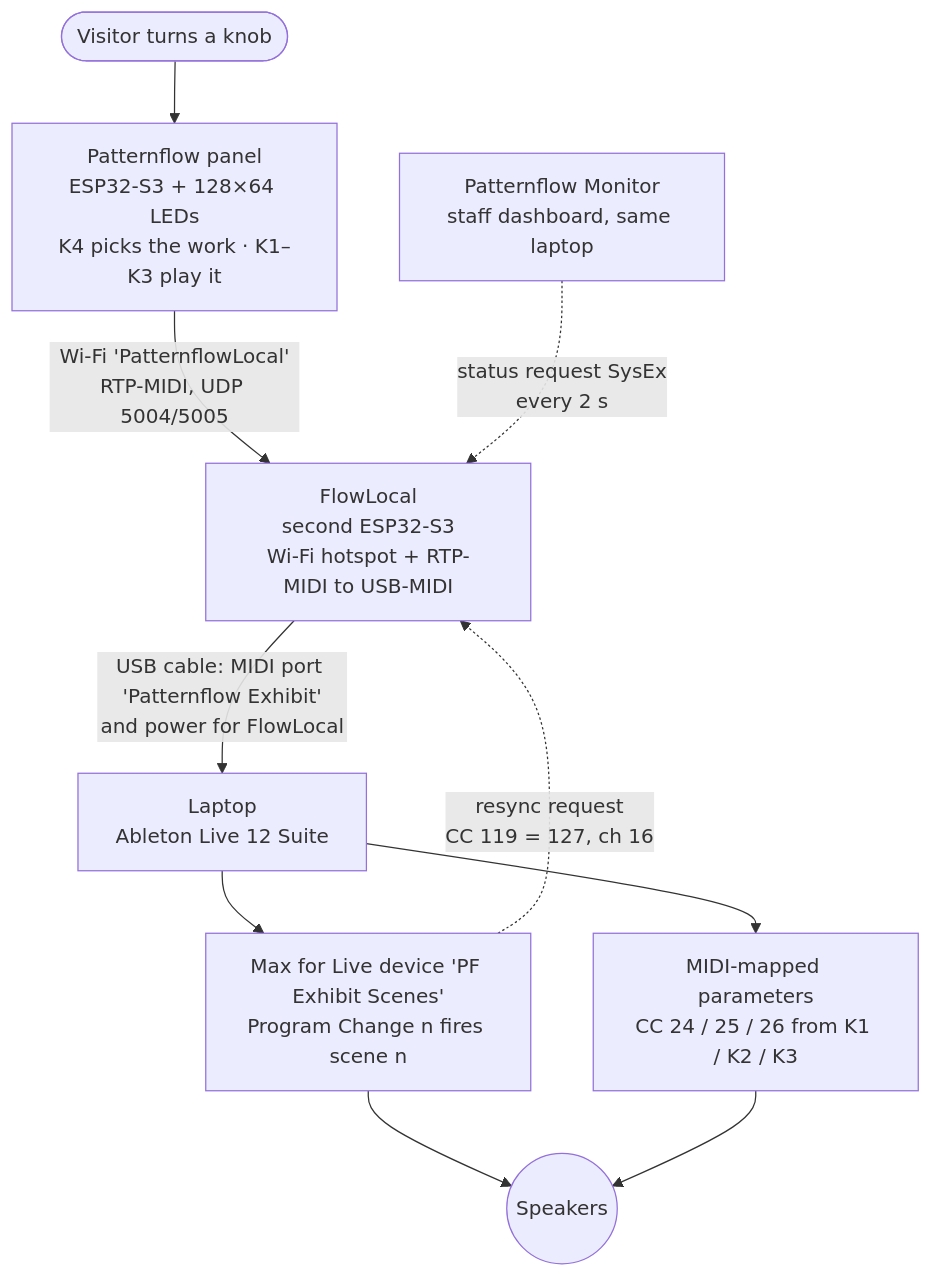
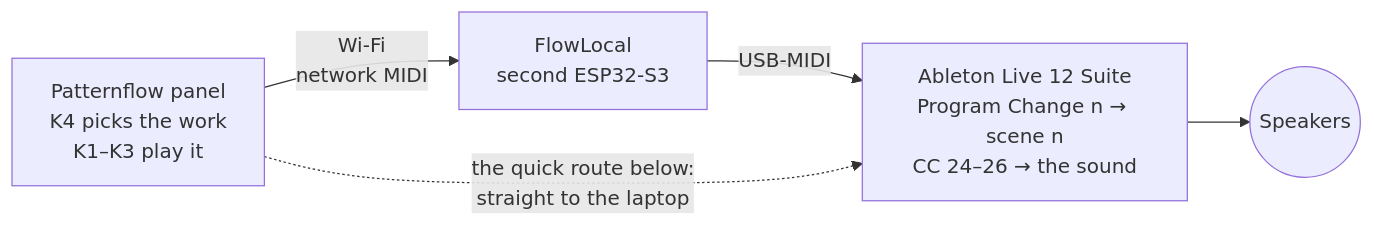
The diagram in README.md (engmung/patternflow-exhibition-2026), drawn with Mermaid before and after one commit. The commit also changed other lines of this file and 8 other files, not shown here.

````diff
--- a/README.md
+++ b/README.md
@@ -39,19 +32,7 @@
 ```mermaid
-flowchart TB
-    V(["Visitor turns a knob"]) --> P
-    P["Patternflow panel<br/>ESP32-S3 + 128×64 LEDs<br/>K4 picks the work · K1–K3 play it"]
-    F["FlowLocal<br/>second ESP32-S3<br/>Wi-Fi hotspot + RTP-MIDI to USB-MIDI"]
-    L["Laptop<br/>Ableton Live 12 Suite"]
-    D["Max for Live device 'PF Exhibit Scenes'<br/>Program Change n fires scene n"]
-    M["MIDI-mapped parameters<br/>CC 24 / 25 / 26 from K1 / K2 / K3"]
-    S(("Speakers"))
-    W["Patternflow Monitor<br/>staff dashboard, same laptop"]
-    P -- "Wi-Fi 'PatternflowLocal'<br/>RTP-MIDI, UDP 5004/5005" --> F
-    F -- "USB cable: MIDI port 'Patternflow Exhibit'<br/>and power for FlowLocal" --> L
-    L --> D
-    L --> M
-    D --> S
-    M --> S
-    D -. "resync request<br/>CC 119 = 127, ch 16" .-> F
-    W -. "status request SysEx<br/>every 2 s" .-> F
+flowchart LR
+    P["Patternflow panel<br/>K4 picks the work<br/>K1–K3 play it"] -- "Wi-Fi<br/>network MIDI" --> F["FlowLocal<br/>second ESP32-S3"]
+    F -- "USB-MIDI" --> L["Ableton Live 12 Suite<br/>Program Change n → scene n<br/>CC 24–26 → the sound"]
+    L --> S(("Speakers"))
+    P -. "the quick route below:<br/>straight to the laptop" .-> L
 ```
````
